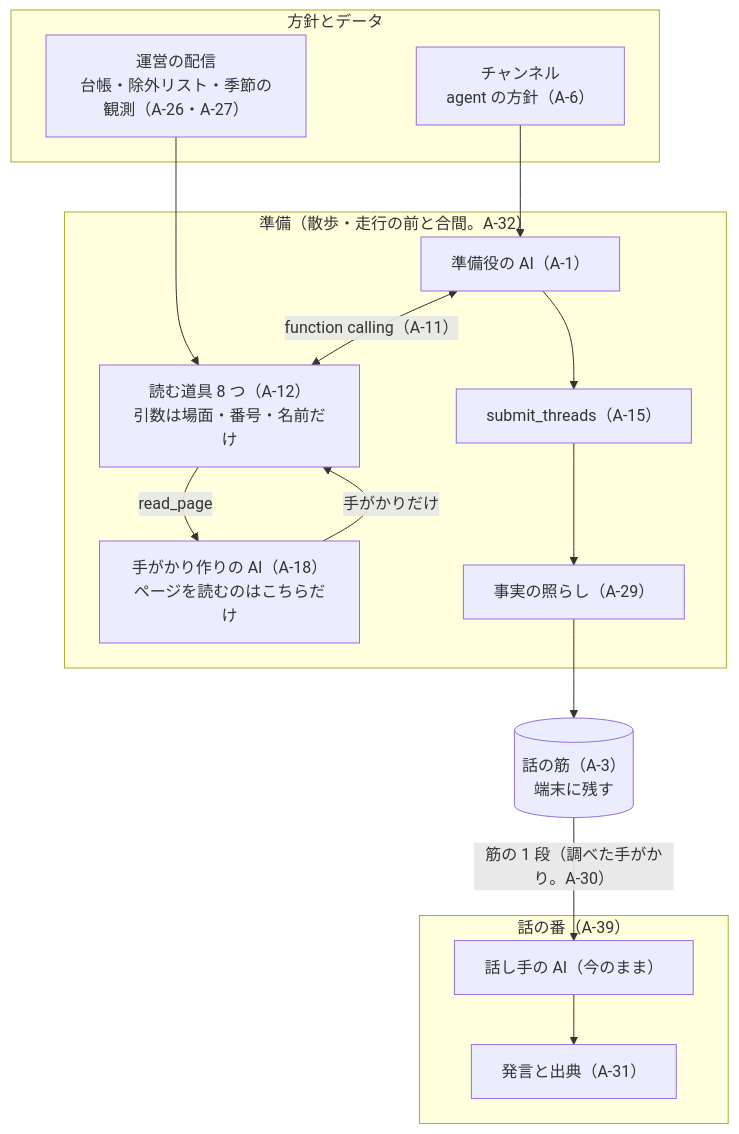
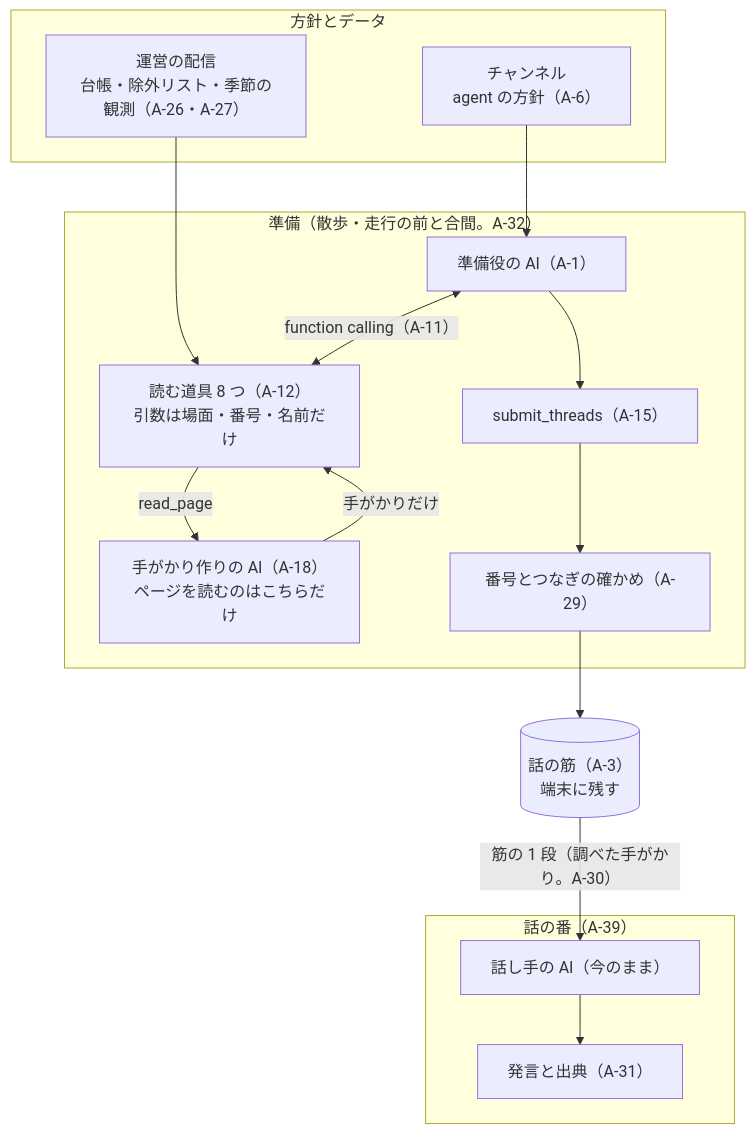
The first of 3 diagrams in docs/decisions/ADR-AGENT.md (duwenji/yorisoi-platform), drawn with Mermaid before and after one commit. The commit also changed other lines of this file, not shown here.

````diff
--- a/docs/decisions/ADR-AGENT.md
+++ b/docs/decisions/ADR-AGENT.md
@@ -75,26 +76,26 @@
 ```mermaid
 flowchart TB
     subgraph IN["方針とデータ"]
         CH["チャンネル<br/>agent の方針（A-6）"]
         OP["運営の配信<br/>台帳・除外リスト・季節の観測（A-26・A-27）"]
     end
     subgraph PREP["準備（散歩・走行の前と合間。A-32）"]
         AG["準備役の AI（A-1）"]
         TOOLS["読む道具 8 つ（A-12）<br/>引数は場面・番号・名前だけ"]
         HINT["手がかり作りの AI（A-18）<br/>ページを読むのはこちらだけ"]
         SUB["submit_threads（A-15）"]
-        CHK["事実の照らし（A-29）"]
+        CHK["番号とつなぎの確かめ（A-29）"]
     end
     TH[("話の筋（A-3）<br/>端末に残す")]
     subgraph TALK["話の番（A-39）"]
         SP["話し手の AI（今のまま）"]
         OUT["発言と出典（A-31）"]
     end
     CH --> AG
     OP --> TOOLS
     AG <-->|"function calling（A-11）"| TOOLS
     TOOLS -->|"read_page"| HINT
     HINT -->|"手がかりだけ"| TOOLS
     AG --> SUB --> CHK --> TH
     TH -->|"筋の 1 段（調べた手がかり。A-30）"| SP --> OUT
 ```
````
